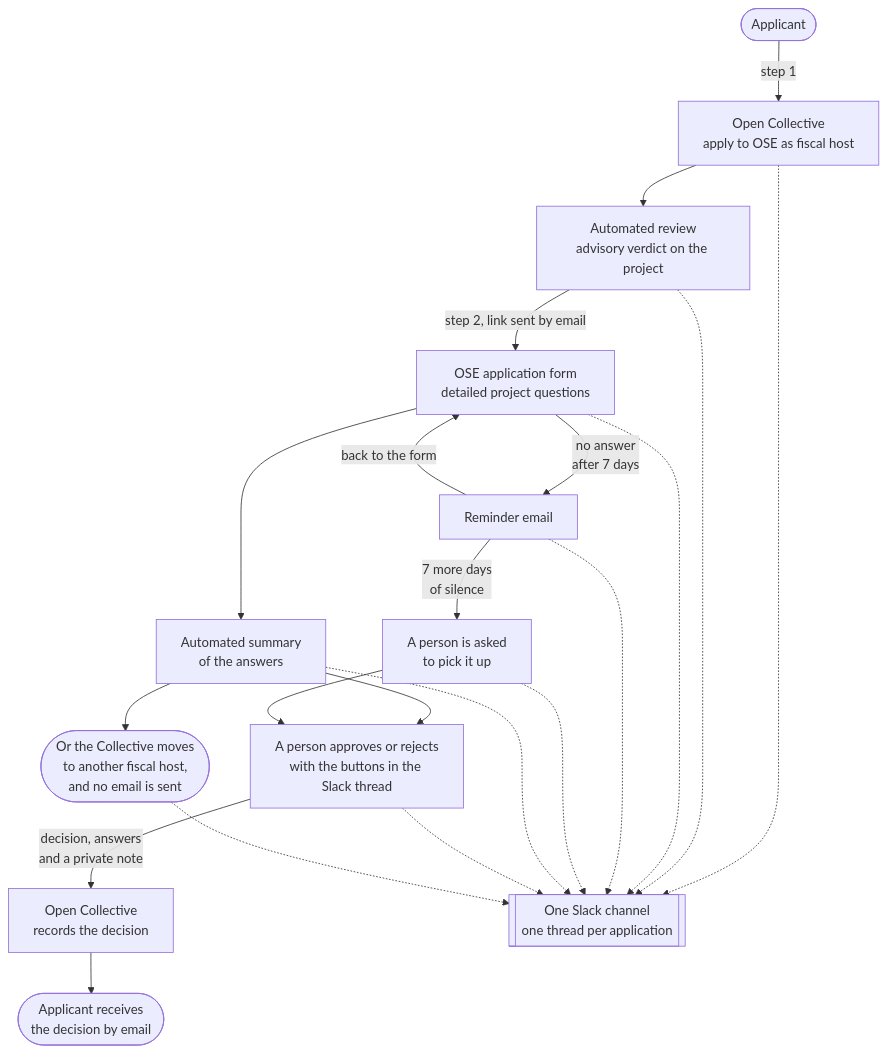
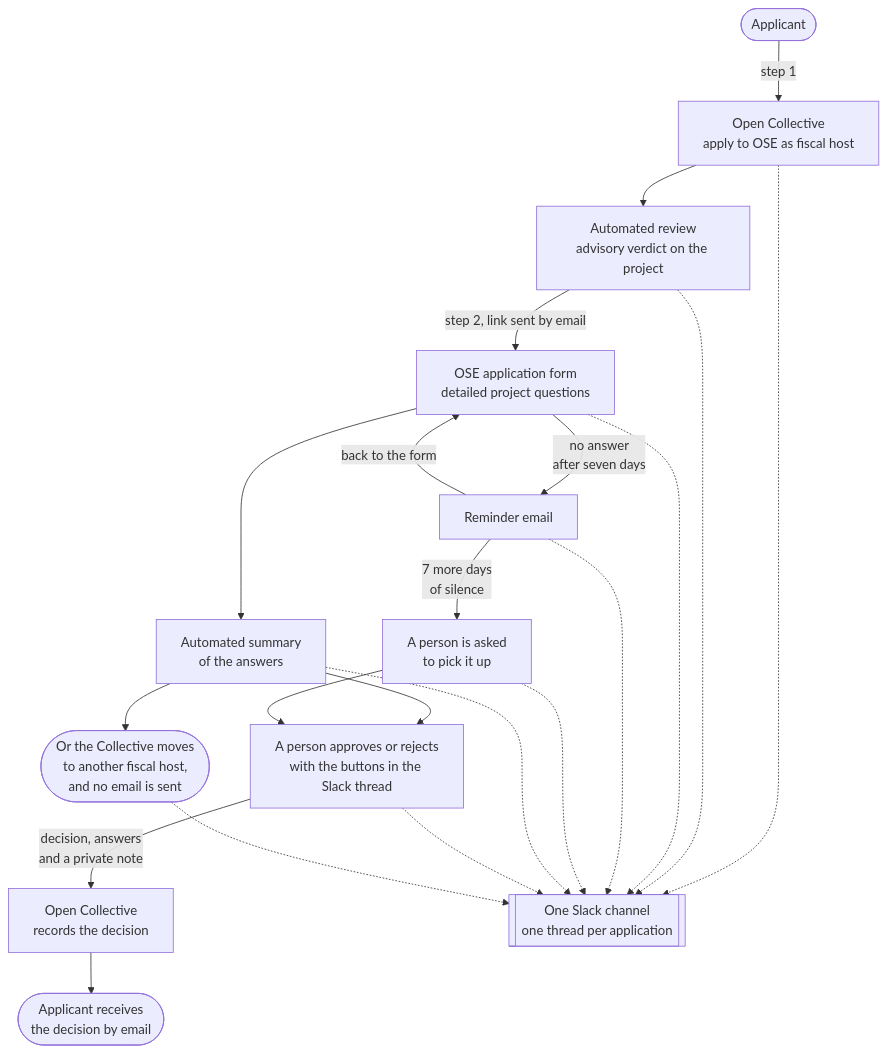
Before and after one commit to opensourceeurope/community: the diagram in README.md, drawn with Mermaid. The commit also changed other lines of this file and 9 other files, not shown here.

````diff
--- a/README.md
+++ b/README.md
@@ -16,27 +16,27 @@
 ```mermaid
 flowchart TD
     A(["Applicant"]) -->|"step 1"| OC["Open Collective<br>apply to OSE as fiscal host"]
     OC --> AI["Automated review<br>advisory verdict on the project"]
     AI -->|"step 2, link sent by email"| FORM["OSE application form<br>detailed project questions"]
     FORM --> SUM["Automated summary<br>of the answers"]
     SUM --> DEC["A person approves or rejects<br>with the buttons in the Slack thread"]
     DEC -->|"decision, answers<br>and a private note"| OCD["Open Collective<br>records the decision"]
     OCD --> MAIL(["Applicant receives<br>the decision by email"])
     SUM --> MOVE(["Or the Collective moves<br>to another fiscal host,<br>and no email is sent"])
 
-    FORM -->|"no answer<br>after 7 days"| REM["Reminder email"]
+    FORM -->|"no answer<br>after seven days"| REM["Reminder email"]
     REM -->|"back to the form"| FORM
     REM -->|"7 more days<br>of silence"| ESC["A person is asked<br>to pick it up"]
     ESC --> DEC
 
     OC -.-> SL
     AI -.-> SL
     FORM -.-> SL
     REM -.-> SL
     ESC -.-> SL
     SUM -.-> SL
     DEC -.-> SL
     MOVE -.-> SL
 
     SL[["One Slack channel<br>one thread per application"]]
 ```
````
